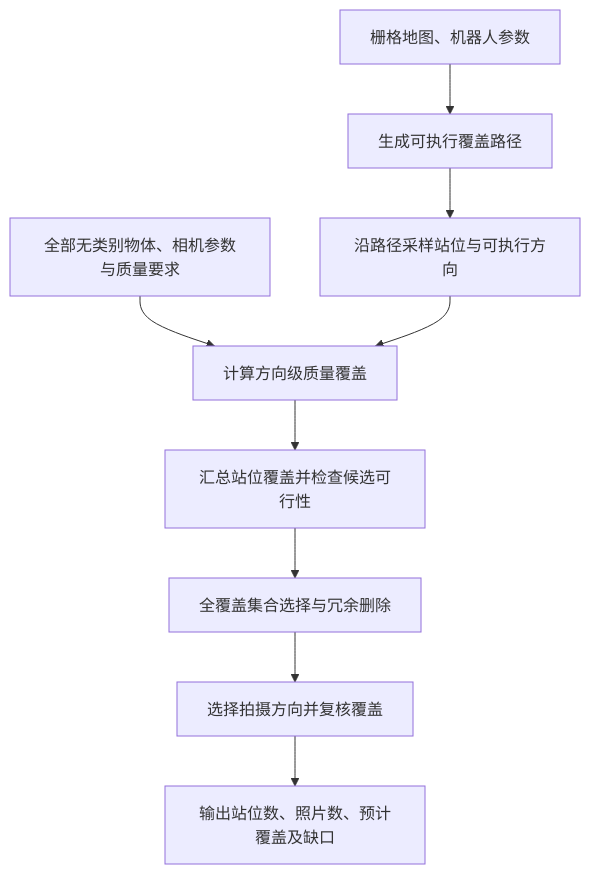
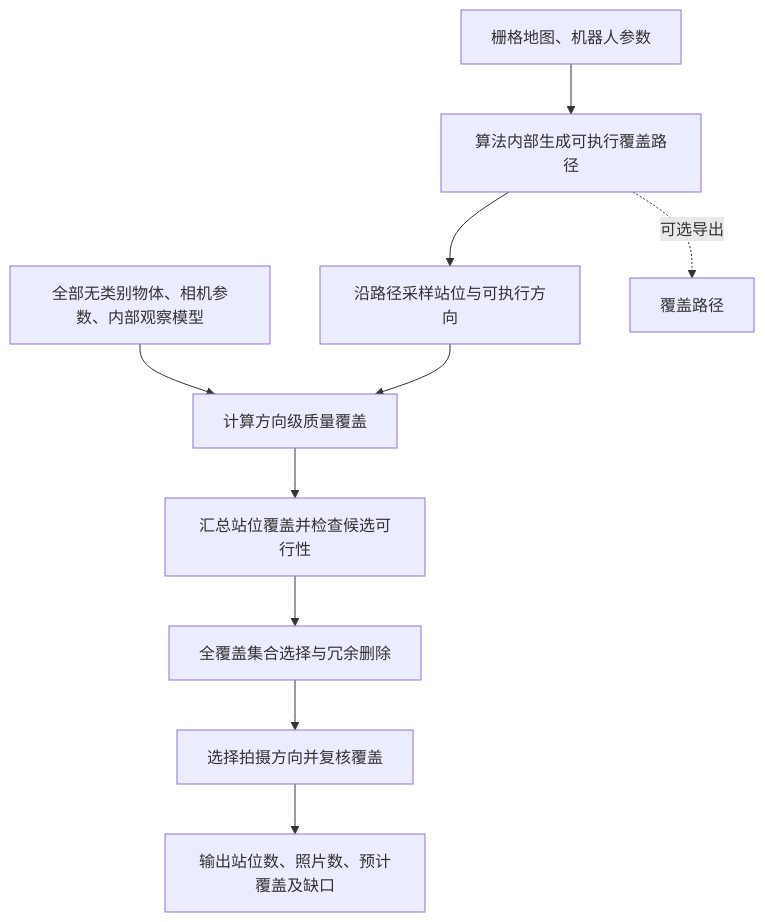
The first of 5 diagrams in docs/falhv2/path_constrained_anchor_selection_v0_20261013.md (yutian929/Find-Anything-Like-Humans-V2), drawn with Mermaid before and after one commit. The commit also changed other lines of this file, not shown here.

````diff
--- a/docs/falhv2/path_constrained_anchor_selection_v0_20261013.md
+++ b/docs/falhv2/path_constrained_anchor_selection_v0_20261013.md
@@ -273,11 +275,12 @@
 ```mermaid
 flowchart TD
-    A[栅格地图、机器人参数] --> B[生成可执行覆盖路径]
+    A[栅格地图、机器人参数] --> B[算法内部生成可执行覆盖路径]
     B --> C[沿路径采样站位与可执行方向]
-    D[全部无类别物体、相机参数与质量要求] --> E[计算方向级质量覆盖]
+    D[全部无类别物体、相机参数、内部观察模型] --> E[计算方向级质量覆盖]
     C --> E
     E --> F[汇总站位覆盖并检查候选可行性]
     F --> G[全覆盖集合选择与冗余删除]
     G --> H[选择拍摄方向并复核覆盖]
     H --> I[输出站位数、照片数、预计覆盖及缺口]
+    B -. 可选导出 .-> J[覆盖路径]
 ```
````
